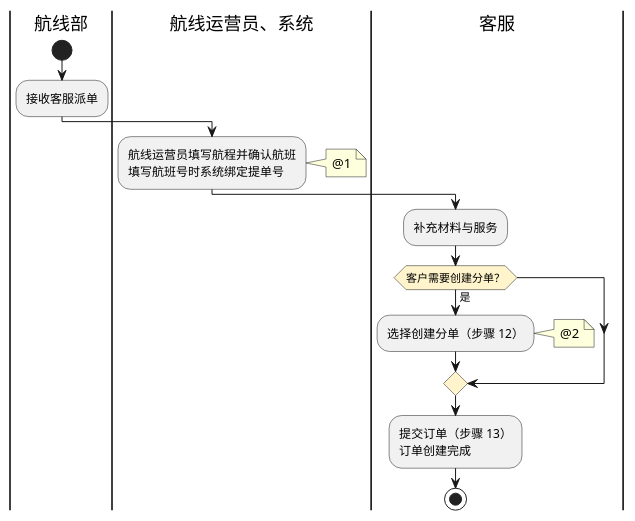
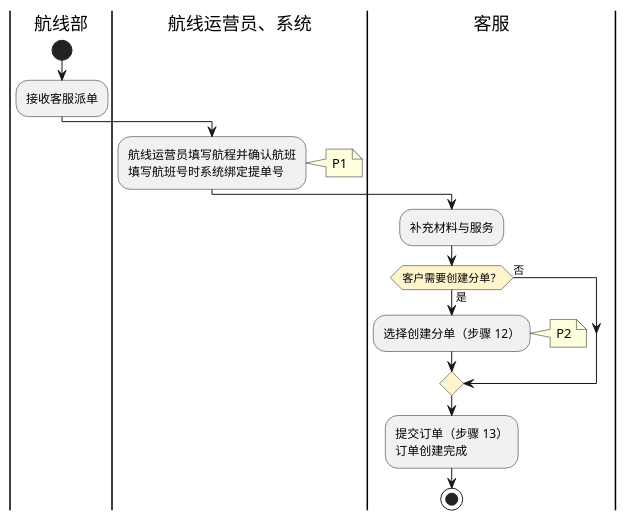
Before and after one commit to jack888332/projects-doc: the second of 4 diagrams in product-caliber/goldjet/segmented-prd/PRD.高捷物流系统一期.第009篇.空运-订单创建.5029269CA8.md, drawn with PlantUML. The commit also changed other lines of this file and 18 other files, not shown here.

Commit message:
优化DSL图细节

````diff
--- a/product-caliber/goldjet/segmented-prd/PRD.高捷物流系统一期.第009篇.空运-订单创建.5029269CA8.md
+++ b/product-caliber/goldjet/segmented-prd/PRD.高捷物流系统一期.第009篇.空运-订单创建.5029269CA8.md
@@ -106,19 +106,20 @@
 ```plantuml
 @startuml goldjet-009-order-supplement
 skinparam activityDiamondBackgroundColor #FFF4CC
 |航线部|
 start
 :接收客服派单;
 |航线运营员、系统|
 :航线运营员填写航程并确认航班\n填写航班号时系统绑定提单号;
-note right: @1
+note right: P1
 |客服|
 :补充材料与服务;
 if (客户需要创建分单？) then (是)
   :选择创建分单（步骤 12）;
-  note right: @2
+  note right: P2
+else (否)
 endif
 :提交订单（步骤 13）\n订单创建完成;
 stop
 @enduml
 ```
````
